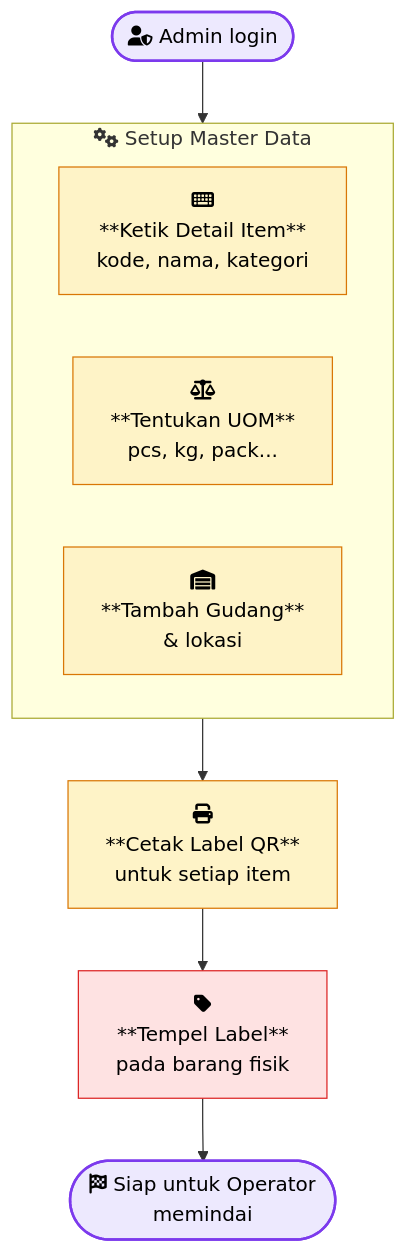
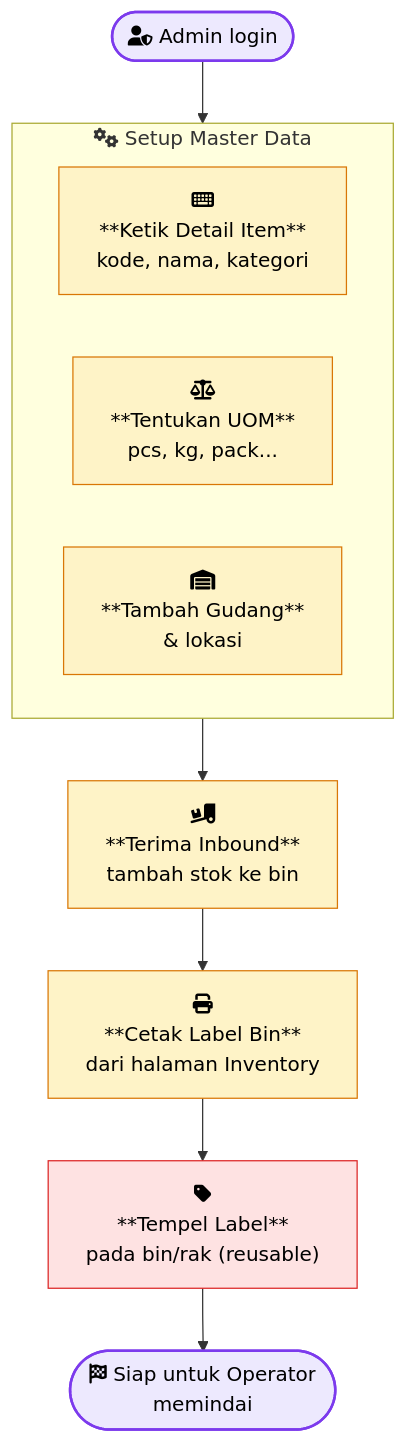
The third of 5 diagrams in docs/user-activities-diagram-id.md (irwinsantoso/sutandi-mes), drawn with Mermaid before and after one commit. The commit also changed other lines of this file and 10 other files, not shown here.

First line of the commit message:
feat: migrate QR labels from inbound-line to inventory-bin

````diff
--- a/docs/user-activities-diagram-id.md
+++ b/docs/user-activities-diagram-id.md
@@ -85,23 +85,24 @@
 ```mermaid
 flowchart TB
     START(["fa:fa-user-shield  Admin login"]) --> SETUP
 
     subgraph SETUP["fa:fa-cogs  Setup Master Data"]
         direction LR
         ITEM["fa:fa-keyboard<br/>**Ketik Detail Item**<br/>kode, nama, kategori"]
         UOM["fa:fa-balance-scale<br/>**Tentukan UOM**<br/>pcs, kg, pack..."]
         WH["fa:fa-warehouse<br/>**Tambah Gudang**<br/>& lokasi"]
     end
 
-    SETUP --> PRINT["fa:fa-print<br/>**Cetak Label QR**<br/>untuk setiap item"]
-    PRINT --> STICK["fa:fa-tag<br/>**Tempel Label**<br/>pada barang fisik"]
+    SETUP --> INBOUND["fa:fa-truck-loading<br/>**Terima Inbound**<br/>tambah stok ke bin"]
+    INBOUND --> PRINT["fa:fa-print<br/>**Cetak Label Bin**<br/>dari halaman Inventory"]
+    PRINT --> STICK["fa:fa-tag<br/>**Tempel Label**<br/>pada bin/rak (reusable)"]
     STICK --> READY(["fa:fa-flag-checkered  Siap untuk Operator<br/>memindai"])
 
     classDef admin fill:#ede9fe,stroke:#7c3aed,color:#000,stroke-width:2px
     classDef action fill:#fef3c7,stroke:#d97706,color:#000
     classDef physical fill:#fee2e2,stroke:#dc2626,color:#000
 
     class START,READY admin
-    class ITEM,UOM,WH,PRINT action
+    class ITEM,UOM,WH,INBOUND,PRINT action
     class STICK physical
 ```
````
